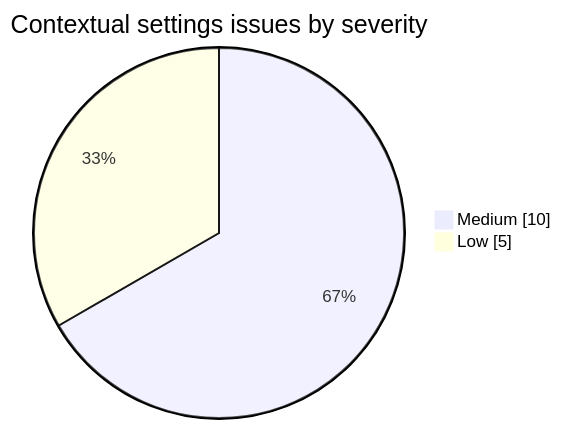
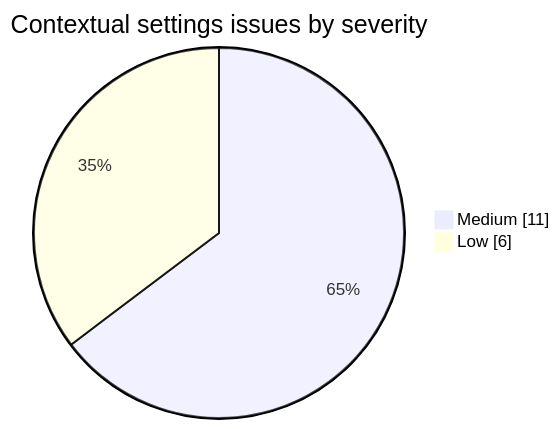
The first of 3 diagrams in docs/ENDPOINT_SETTINGS_CONTEXTUAL_UI_EXECUTION_RCA.md (pranems/SCIMServer), drawn with Mermaid before and after one commit. The commit also changed other lines of this file and 4 other files, not shown here.

````diff
--- a/docs/ENDPOINT_SETTINGS_CONTEXTUAL_UI_EXECUTION_RCA.md
+++ b/docs/ENDPOINT_SETTINGS_CONTEXTUAL_UI_EXECUTION_RCA.md
@@ -17,6 +17,6 @@
 ```mermaid
 pie showData
     title Contextual settings issues by severity
-    "Medium" : 10
-    "Low" : 5
+    "Medium" : 11
+    "Low" : 6
 ```
````
